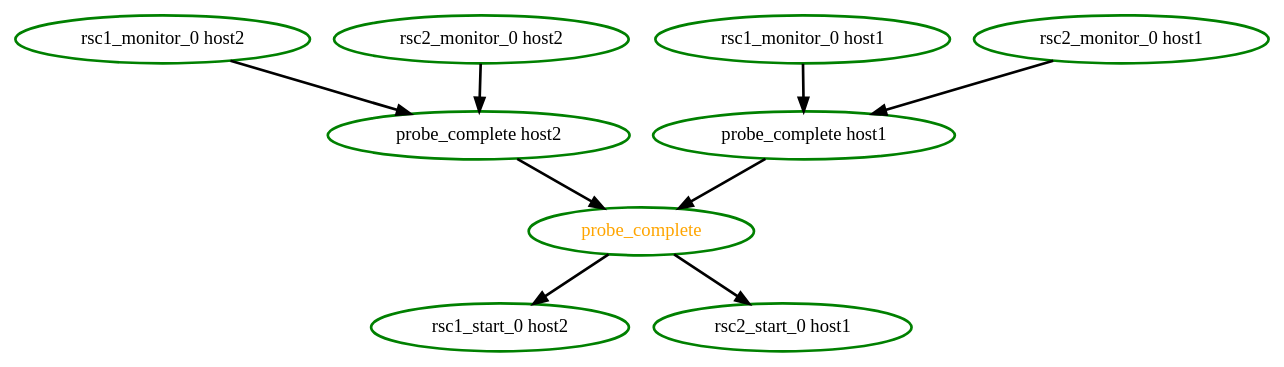
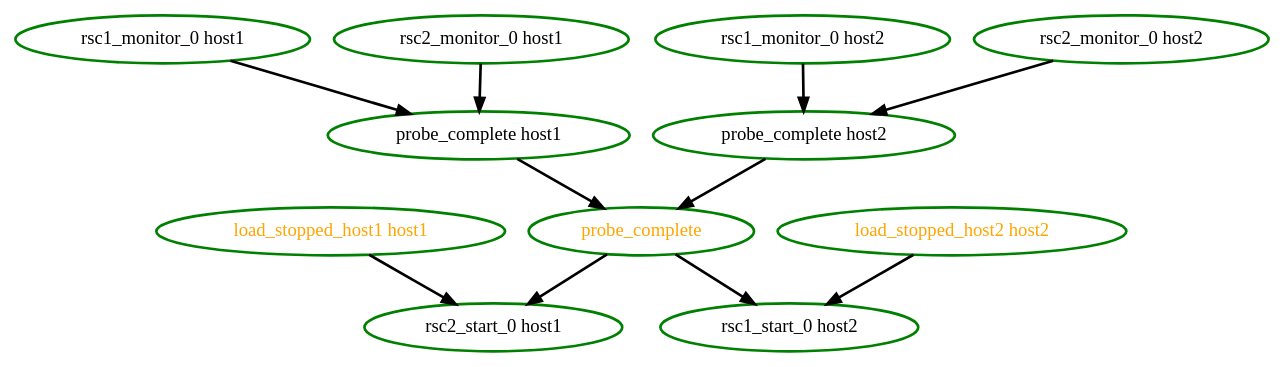
Before and after one commit to ClusterLabs/pacemaker: the diagram in pengine/test10/balanced.dot, drawn with Graphviz. The commit also changed 5 other files, not shown here.

```diff
--- a/pengine/test10/balanced.dot
+++ b/pengine/test10/balanced.dot
@@ -1,19 +1,23 @@
 digraph "g" {
+"load_stopped_host1 host1" -> "rsc2_start_0 host1" [ style = bold]
+"load_stopped_host1 host1" [ style=bold color="green" fontcolor="orange"  ]
+"load_stopped_host2 host2" -> "rsc1_start_0 host2" [ style = bold]
+"load_stopped_host2 host2" [ style=bold color="green" fontcolor="orange"  ]
 "probe_complete host1" -> "probe_complete" [ style = bold]
 "probe_complete host1" [ style=bold color="green" fontcolor="black"  ]
 "probe_complete host2" -> "probe_complete" [ style = bold]
 "probe_complete host2" [ style=bold color="green" fontcolor="black"  ]
 "probe_complete" -> "rsc1_start_0 host2" [ style = bold]
 "probe_complete" -> "rsc2_start_0 host1" [ style = bold]
 "probe_complete" [ style=bold color="green" fontcolor="orange"  ]
 "rsc1_monitor_0 host1" -> "probe_complete host1" [ style = bold]
 "rsc1_monitor_0 host1" [ style=bold color="green" fontcolor="black"  ]
 "rsc1_monitor_0 host2" -> "probe_complete host2" [ style = bold]
 "rsc1_monitor_0 host2" [ style=bold color="green" fontcolor="black"  ]
 "rsc1_start_0 host2" [ style=bold color="green" fontcolor="black"  ]
 "rsc2_monitor_0 host1" -> "probe_complete host1" [ style = bold]
 "rsc2_monitor_0 host1" [ style=bold color="green" fontcolor="black"  ]
 "rsc2_monitor_0 host2" -> "probe_complete host2" [ style = bold]
 "rsc2_monitor_0 host2" [ style=bold color="green" fontcolor="black"  ]
 "rsc2_start_0 host1" [ style=bold color="green" fontcolor="black"  ]
 }
```
